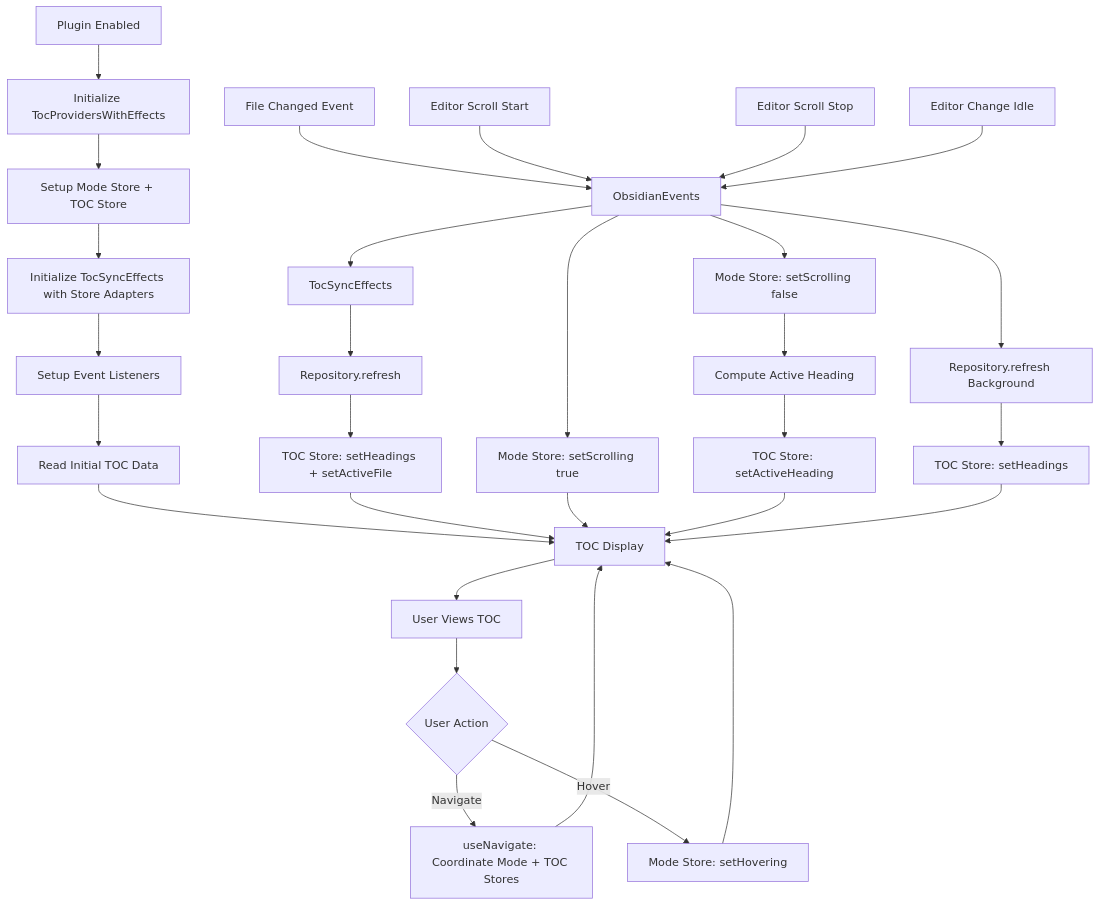
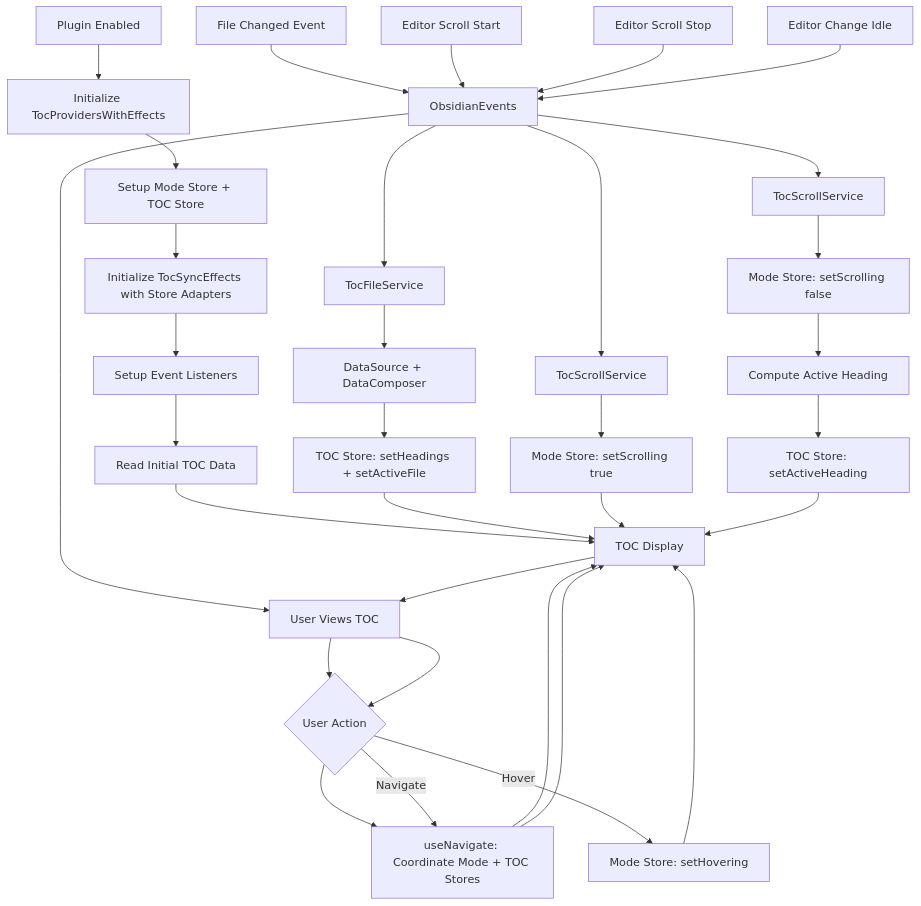
One commit to liux4989/MDViewer changed the diagram in doc/specs/float_toc/architecture.md. Above: the diagram before and after it, drawn with Mermaid. The commit also changed other lines of this file and 13 other files, not shown here.

````diff
--- a/doc/specs/float_toc/architecture.md
+++ b/doc/specs/float_toc/architecture.md
@@ -280,37 +307,40 @@
 ```mermaid
 flowchart TD
     A[Plugin Enabled] --> B[Initialize TocProvidersWithEffects]
     B --> C[Setup Mode Store + TOC Store]
     C --> D[Initialize TocSyncEffects with Store Adapters]
     D --> E[Setup Event Listeners]
     E --> F[Read Initial TOC Data]
     F --> G[TOC Display]
 
     H[File Changed Event] --> I[ObsidianEvents]
-    I --> J[TocSyncEffects]
-    J --> K[Repository.refresh]
+    I --> J[TocFileService]
+    J --> K[DataSource + DataComposer]
     K --> L[TOC Store: setHeadings + setActiveFile]
     L --> G
 
     M[Editor Scroll Start] --> I
-    I --> N[Mode Store: setScrolling true]
-    N --> G
+    I --> N[TocScrollService]
+    N --> O[Mode Store: setScrolling true]
+    O --> G
 
-    O[Editor Scroll Stop] --> I
-    I --> P[Mode Store: setScrolling false]
-    P --> Q[Compute Active Heading]
-    Q --> R[TOC Store: setActiveHeading]
-    R --> G
+    P[Editor Scroll Stop] --> I
+    I --> Q[TocScrollService]
+    Q --> R[Mode Store: setScrolling false]
+    R --> S[Compute Active Heading]
+    S --> T[TOC Store: setActiveHeading]
+    T --> G
 
-    S[Editor Change Idle] --> I
-    I --> T[Repository.refresh Background]
-    T --> U[TOC Store: setHeadings]
-    U --> G
+    U[Editor Change Idle] --> I
+    I --> V[TocEditService]
+    V --> W[DataSource + DataComposer]
+    W --> X[TOC Store: setHeadings]
+    X --> G
 
     G --> V[User Views TOC]
     V --> W{User Action}
     W -->|Navigate| X[useNavigate: Coordinate Mode + TOC Stores]
     W -->|Hover| Y[Mode Store: setHovering]
     X --> G
     Y --> G
 ```
````
